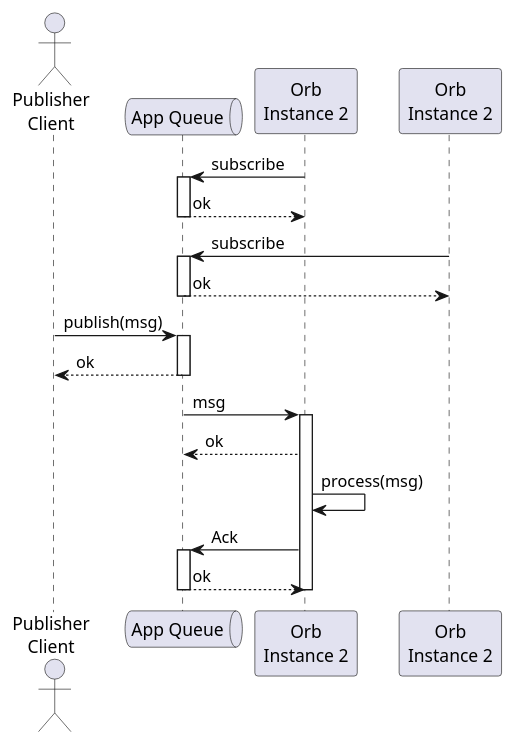
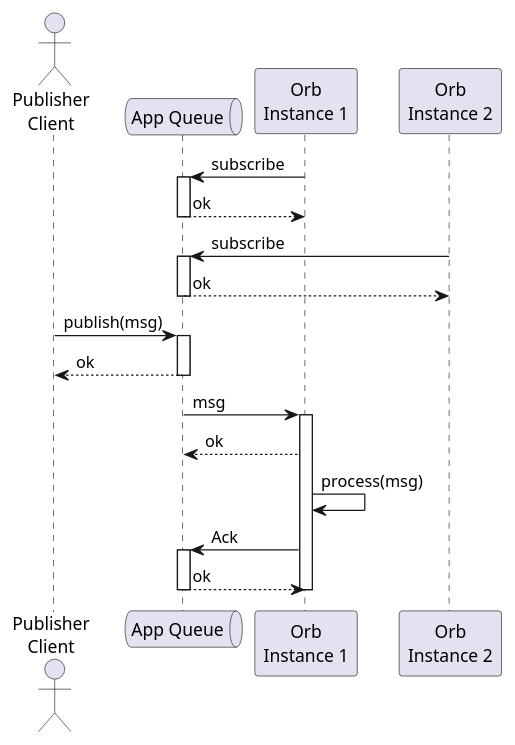
The diagram in docs/source/orb/diagrams/mq-pubsub.puml (trustbloc/docs), drawn with PlantUML before and after one commit. The commit also changed 12 other files, not shown here.

```diff
--- a/docs/source/orb/diagrams/mq-pubsub.puml
+++ b/docs/source/orb/diagrams/mq-pubsub.puml
@@ -1,39 +1,39 @@
 @startuml
 'https://plantuml.com/sequence-diagram
 
 actor "Publisher\nClient" as client
 
 queue "App Queue" as queue1
 
-participant "Orb\nInstance 2" as service1
+participant "Orb\nInstance 1" as service1
 participant "Orb\nInstance 2" as service2
 
 service1 -> queue1: subscribe
 activate queue1
   queue1 --> service1: ok
 deactivate queue1
 
 service2 -> queue1: subscribe
 activate queue1
   queue1 --> service2: ok
 deactivate queue1
 
 client -> queue1: publish(msg)
 activate queue1
   queue1 --> client: ok
 deactivate queue1
 
 queue1 -> service1: msg
 
 activate service1
 service1 --> queue1: ok
 service1 -> service1: process(msg)
 
 service1 -> queue1: Ack
 activate queue1
 queue1 --> service1: ok
 deactivate service1
 
 deactivate queue1
 
 @enduml
```
